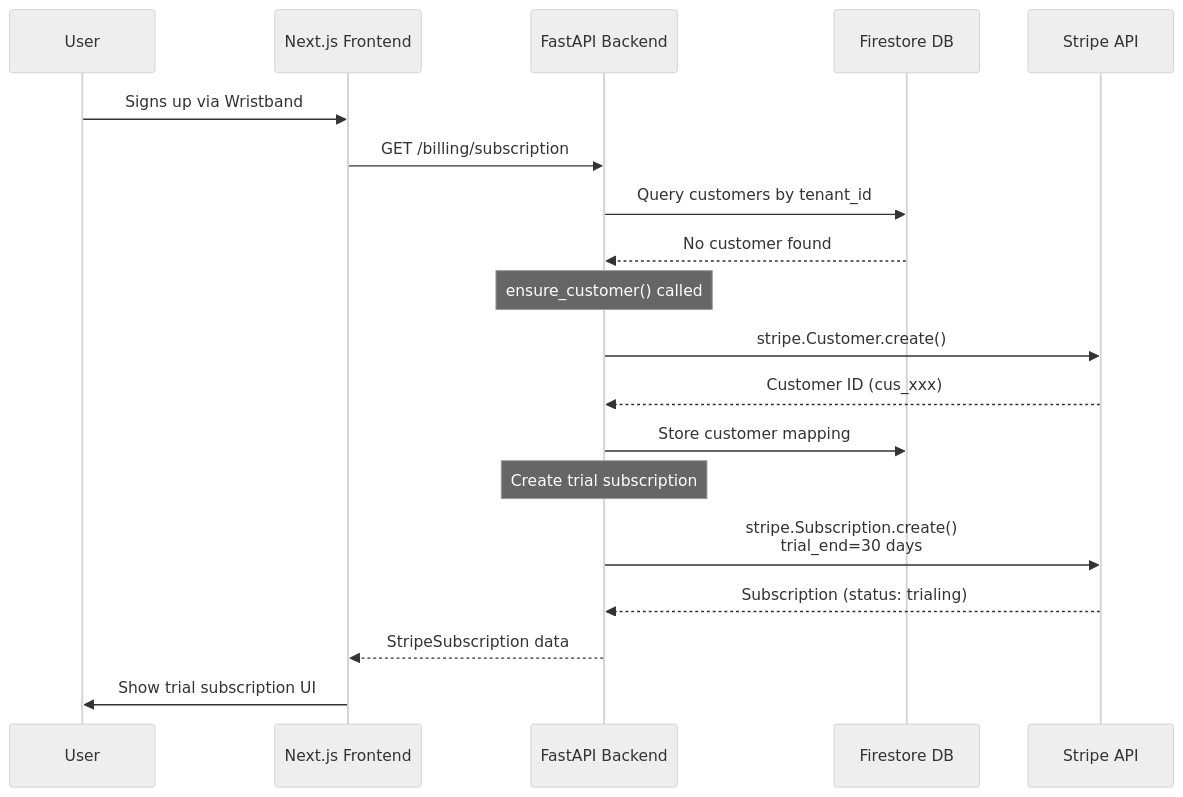
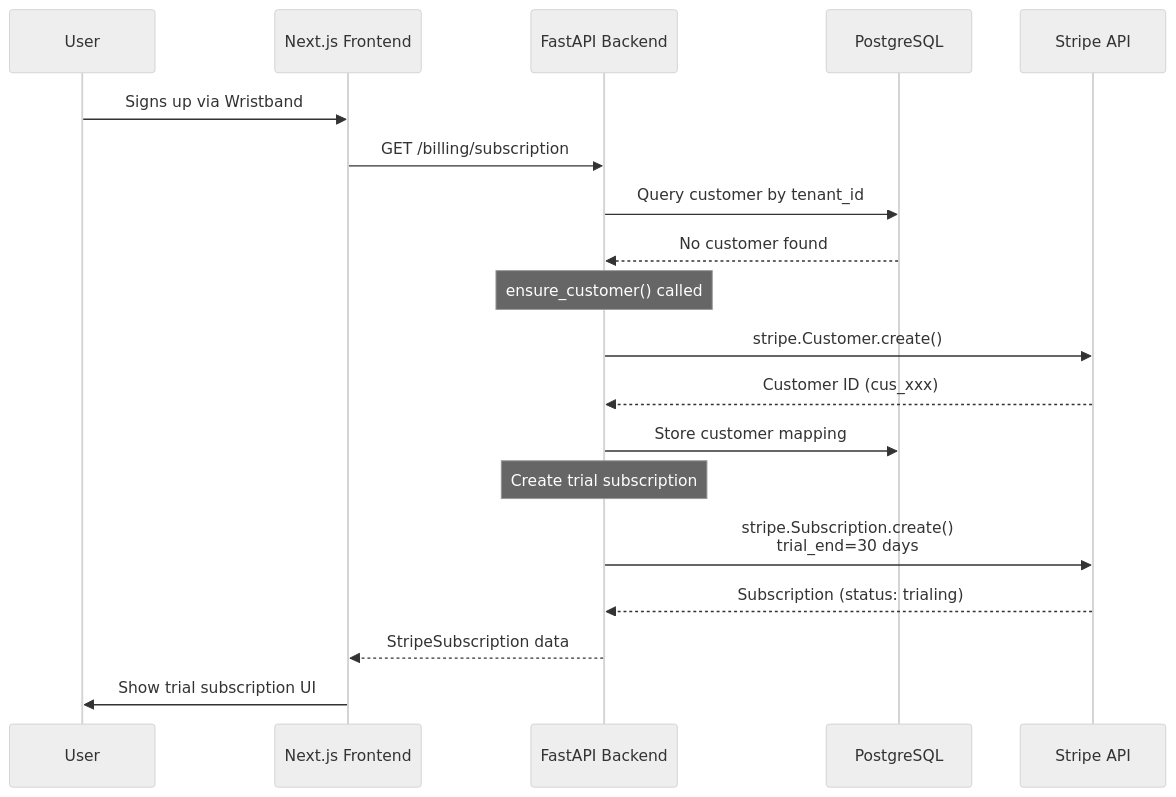
Before and after one commit to wristband-dev/fastapi-template: the eighth of 13 diagrams in docs/stripe-architecture.md, drawn with Mermaid (neutral theme). The commit also changed other lines of this file and 53 other files, not shown here.

````diff
--- a/docs/stripe-architecture.md
+++ b/docs/stripe-architecture.md
@@ -512,25 +495,25 @@
 ```mermaid
 sequenceDiagram
     participant User
     participant Frontend as Next.js Frontend
     participant Backend as FastAPI Backend
-    participant Firestore as Firestore DB
+    participant PostgreSQL as PostgreSQL
     participant Stripe as Stripe API
     
     User->>Frontend: Signs up via Wristband
     Frontend->>Backend: GET /billing/subscription
-    Backend->>Firestore: Query customers by tenant_id
-    Firestore-->>Backend: No customer found
+    Backend->>PostgreSQL: Query customer by tenant_id
+    PostgreSQL-->>Backend: No customer found
     
     Note over Backend: ensure_customer() called
     Backend->>Stripe: stripe.Customer.create()
     Stripe-->>Backend: Customer ID (cus_xxx)
-    Backend->>Firestore: Store customer mapping
+    Backend->>PostgreSQL: Store customer mapping
     
     Note over Backend: Create trial subscription
     Backend->>Stripe: stripe.Subscription.create()<br/>trial_end=30 days
     Stripe-->>Backend: Subscription (status: trialing)
     
     Backend-->>Frontend: StripeSubscription data
     Frontend->>User: Show trial subscription UI
 ```
````
